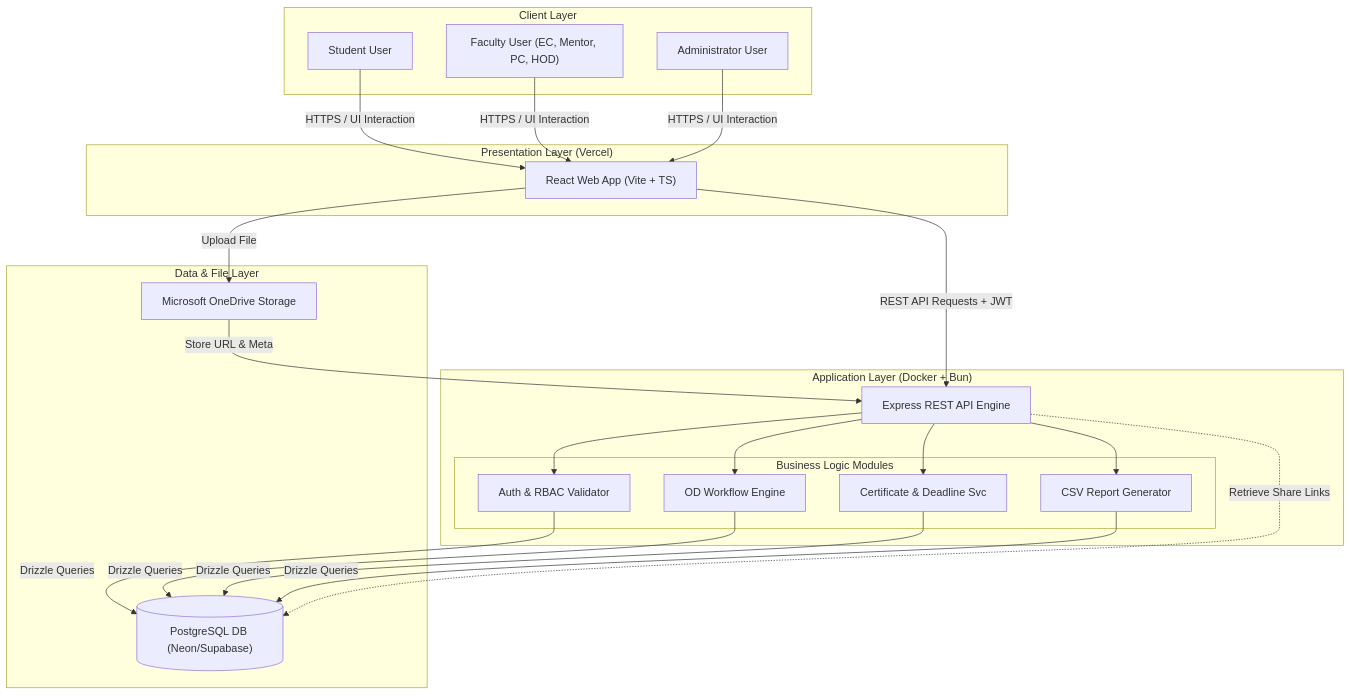
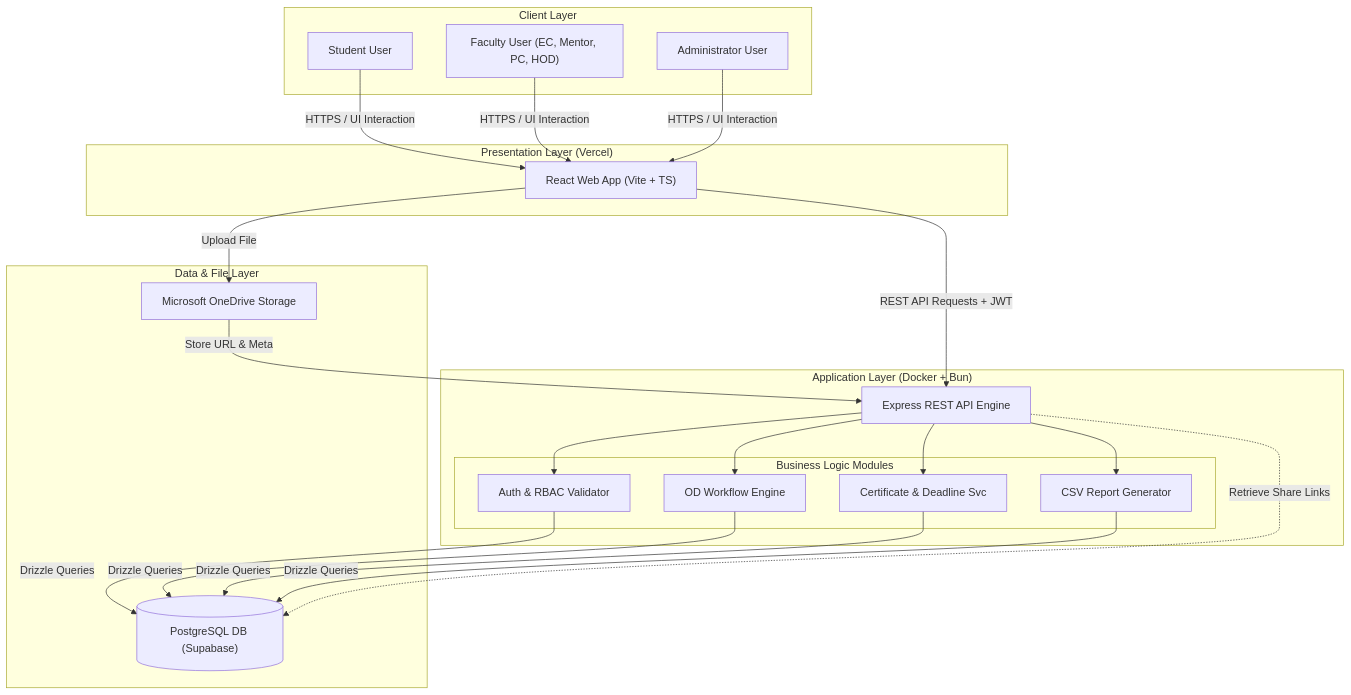
One commit to lightning4747/Event-Management-system changed the diagram in docs/architecture/system-design.md. Above: the diagram before and after it, drawn with Mermaid.

Commit message:
Update system design documentation to target Supabase for DB

````diff
--- a/docs/architecture/system-design.md
+++ b/docs/architecture/system-design.md
@@ -19,53 +19,53 @@
 ```mermaid
 flowchart TD
     subgraph Client_Layer["Client Layer"]
         Student["Student User"]
         Faculty["Faculty User (EC, Mentor, PC, HOD)"]
         Admin["Administrator User"]
     end
 
     subgraph Presentation_Layer["Presentation Layer (Vercel)"]
         ReactApp["React Web App (Vite + TS)"]
     end
 
     subgraph Application_Layer["Application Layer (Docker + Bun)"]
         ExpressServer["Express REST API Engine"]
         
         subgraph Services["Business Logic Modules"]
             AuthSvc["Auth & RBAC Validator"]
             ODWorkflow["OD Workflow Engine"]
             CertSvc["Certificate & Deadline Svc"]
             ReportSvc["CSV Report Generator"]
         end
     end
 
     subgraph Data_Layer["Data & File Layer"]
-        Postgres[("PostgreSQL DB (Neon/Supabase)")]
+        Postgres[("PostgreSQL DB (Supabase)")]
         OneDrive["Microsoft OneDrive Storage"]
     end
 
     %% Client communication
     Student -->|HTTPS / UI Interaction| ReactApp
     Faculty -->|HTTPS / UI Interaction| ReactApp
     Admin -->|HTTPS / UI Interaction| ReactApp
 
     %% Frontend to Backend
     ReactApp -->|REST API Requests + JWT| ExpressServer
 
     %% Server Internal Routing
     ExpressServer --> AuthSvc
     ExpressServer --> ODWorkflow
     ExpressServer --> CertSvc
     ExpressServer --> ReportSvc
 
     %% Database queries
     AuthSvc -->|Drizzle Queries| Postgres
     ODWorkflow -->|Drizzle Queries| Postgres
     CertSvc -->|Drizzle Queries| Postgres
     ReportSvc -->|Drizzle Queries| Postgres
 
     %% External integration
     ReactApp -->|Upload File| OneDrive
     OneDrive -->|Store URL & Meta| ExpressServer
     ExpressServer -.->|Retrieve Share Links| Postgres
 ```
````
